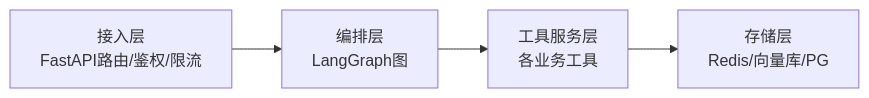
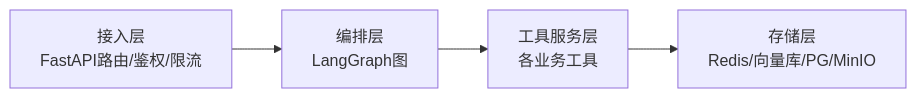
One commit to umlink/python-ai-agent changed the first of 2 diagrams in docs/07-阶段七-工程化部署与运维/01-Agent工程化最佳实践.md. Above: the diagram before and after it, drawn with Mermaid. The commit also changed other lines of this file and 25 other files, not shown here.

````diff
--- a/docs/07-阶段七-工程化部署与运维/01-Agent工程化最佳实践.md
+++ b/docs/07-阶段七-工程化部署与运维/01-Agent工程化最佳实践.md
@@ -19,6 +19,6 @@
 ```mermaid
 graph LR
     A[接入层<br/>FastAPI路由/鉴权/限流] --> B[编排层<br/>LangGraph图]
     B --> C[工具服务层<br/>各业务工具]
-    C --> D[存储层<br/>Redis/向量库/PG]
+    C --> D[存储层<br/>Redis/向量库/PG/MinIO]
 ```
````
